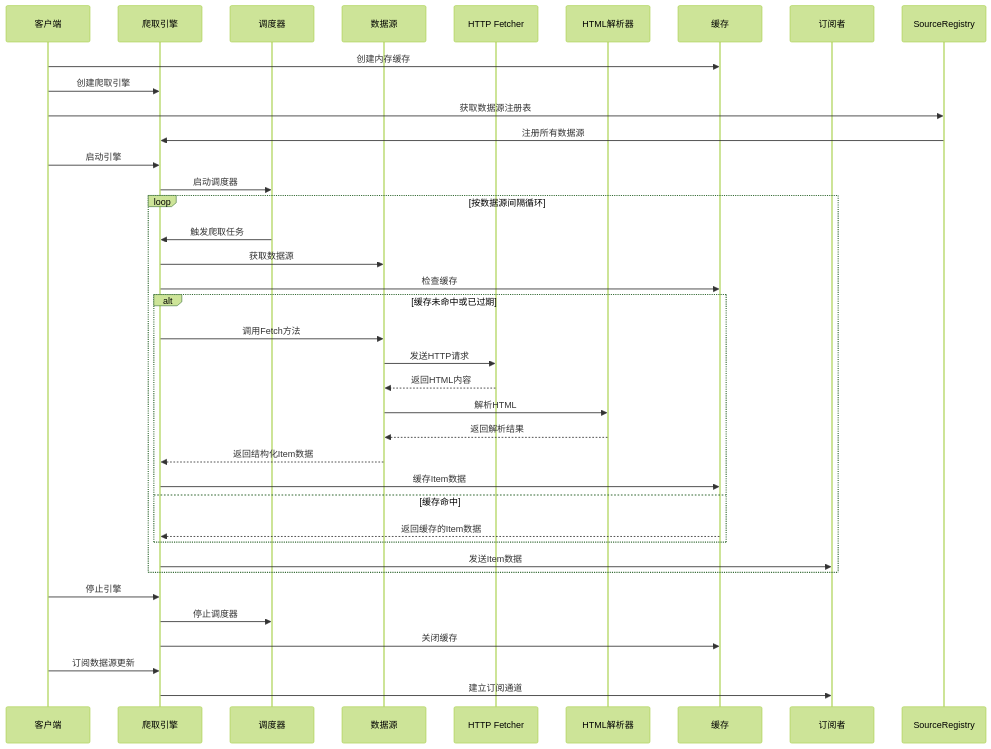
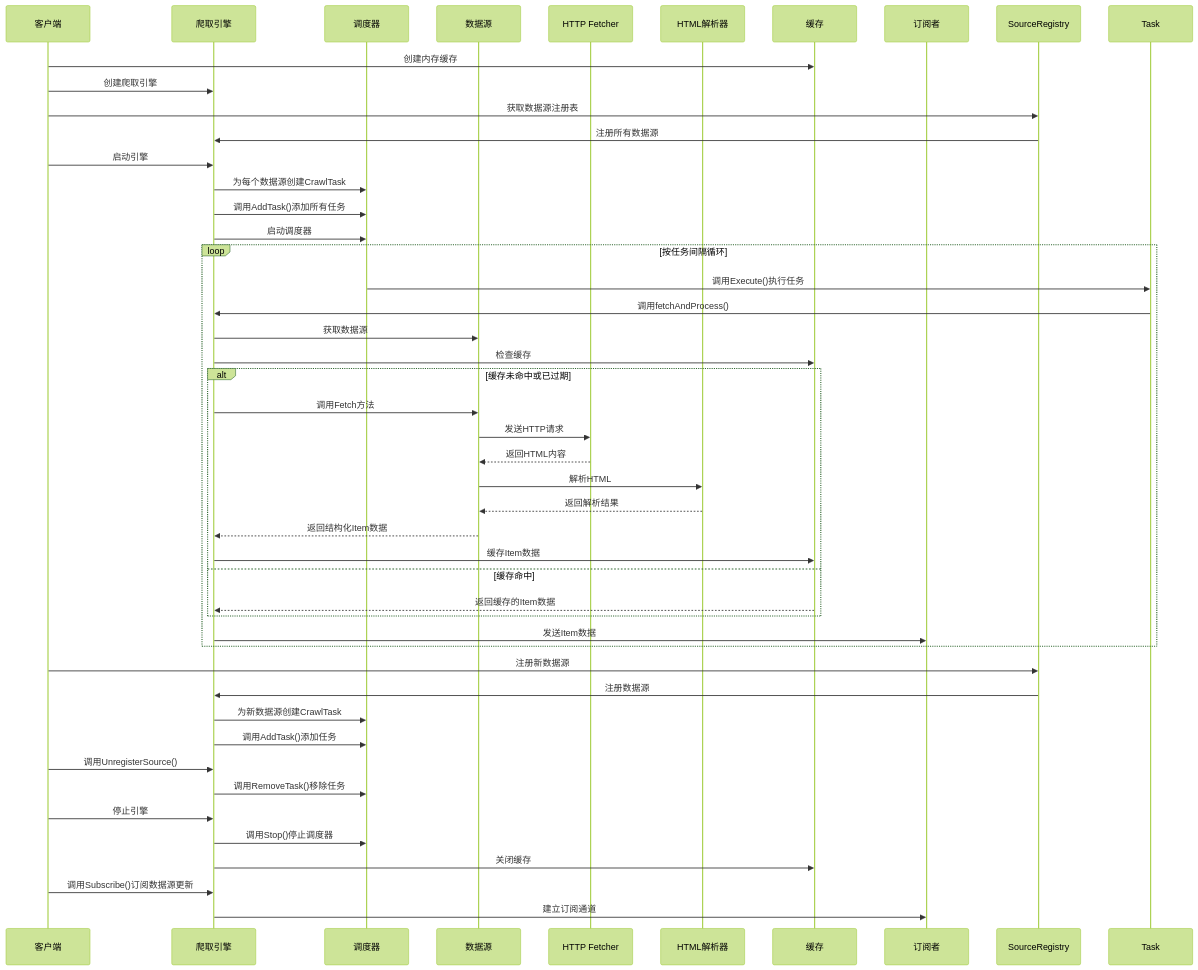
Before and after one commit to sjzsdu/utils: the second of 3 diagrams in crawler/crawler.md, drawn with Mermaid (forest theme). The commit also changed other lines of this file and 5 other files, not shown here.

````diff
--- a/crawler/crawler.md
+++ b/crawler/crawler.md
@@ -185,51 +217,64 @@
 ```mermaid
 sequenceDiagram
     participant Client as 客户端
     participant Engine as 爬取引擎
     participant Scheduler as 调度器
     participant Source as 数据源
     participant Fetcher as HTTP Fetcher
     participant Parser as HTML解析器
     participant Cache as 缓存
     participant Subscriber as 订阅者
     
     %% 初始化阶段
     Client->>Cache: 创建内存缓存
     Client->>Engine: 创建爬取引擎
     Client->>SourceRegistry: 获取数据源注册表
     SourceRegistry->>Engine: 注册所有数据源
     
     %% 启动阶段
     Client->>Engine: 启动引擎
+    Engine->>Scheduler: 为每个数据源创建CrawlTask
+    Engine->>Scheduler: 调用AddTask()添加所有任务
     Engine->>Scheduler: 启动调度器
     
     %% 爬取周期
-    loop 按数据源间隔循环
-        Scheduler->>Engine: 触发爬取任务
+    loop 按任务间隔循环
+        Scheduler->>Task: 调用Execute()执行任务
+        Task->>Engine: 调用fetchAndProcess()
         Engine->>Source: 获取数据源
         Engine->>Cache: 检查缓存
         alt 缓存未命中或已过期
             Engine->>Source: 调用Fetch方法
             Source->>Fetcher: 发送HTTP请求
             Fetcher-->>Source: 返回HTML内容
             Source->>Parser: 解析HTML
             Parser-->>Source: 返回解析结果
             Source-->>Engine: 返回结构化Item数据
             Engine->>Cache: 缓存Item数据
         else 缓存命中
             Cache-->>Engine: 返回缓存的Item数据
         end
         
         %% 通知订阅者
         Engine->>Subscriber: 发送Item数据
     end
     
+    %% 动态添加数据源
+    Client->>SourceRegistry: 注册新数据源
+    SourceRegistry->>Engine: 注册数据源
+    Engine->>Scheduler: 为新数据源创建CrawlTask
+    Engine->>Scheduler: 调用AddTask()添加任务
+    
+    %% 动态移除数据源
+    Client->>Engine: 调用UnregisterSource()
+    Engine->>Scheduler: 调用RemoveTask()移除任务
+    
     %% 停止阶段
     Client->>Engine: 停止引擎
-    Engine->>Scheduler: 停止调度器
+    Engine->>Scheduler: 调用Stop()停止调度器
     Engine->>Cache: 关闭缓存
     
     %% 订阅更新
-    Client->>Engine: 订阅数据源更新
+    Client->>Engine: 调用Subscribe()订阅数据源更新
     Engine->>Subscriber: 建立订阅通道
 ```
````
